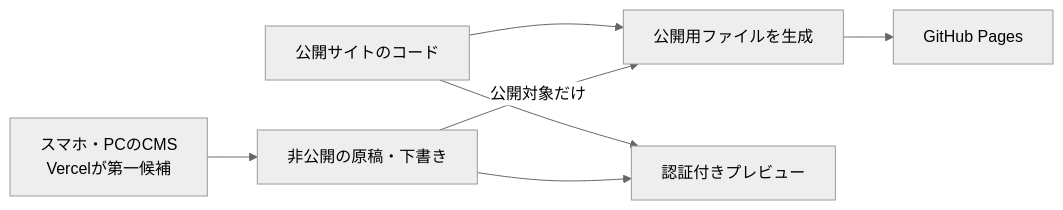
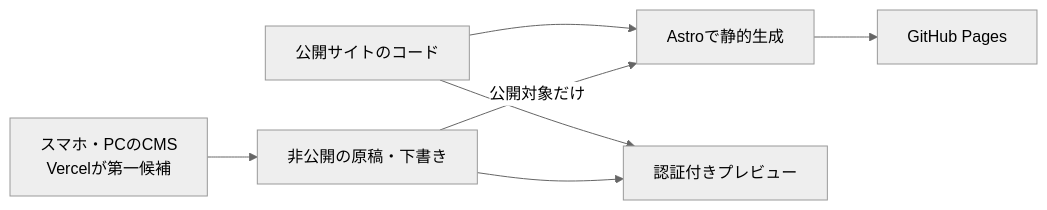
One commit to silverbirder/silverbirder.github.io-new-2 changed the diagram in docs/requirements.md. Above: the diagram before and after it, drawn with Mermaid (neutral theme). The commit also changed other lines of this file and 2 other files, not shown here.

````diff
--- a/docs/requirements.md
+++ b/docs/requirements.md
@@ -120,9 +130,9 @@
 ```mermaid
 flowchart LR
   Editor["スマホ・PCのCMS<br/>Vercelが第一候補"] --> Draft["非公開の原稿・下書き"]
-  Code["公開サイトのコード"] --> Build["公開用ファイルを生成"]
+  Code["公開サイトのコード"] --> Build["Astroで静的生成"]
   Draft -->|"公開対象だけ"| Build
   Build --> Site["GitHub Pages"]
   Code --> Preview["認証付きプレビュー"]
   Draft --> Preview
 ```
````
